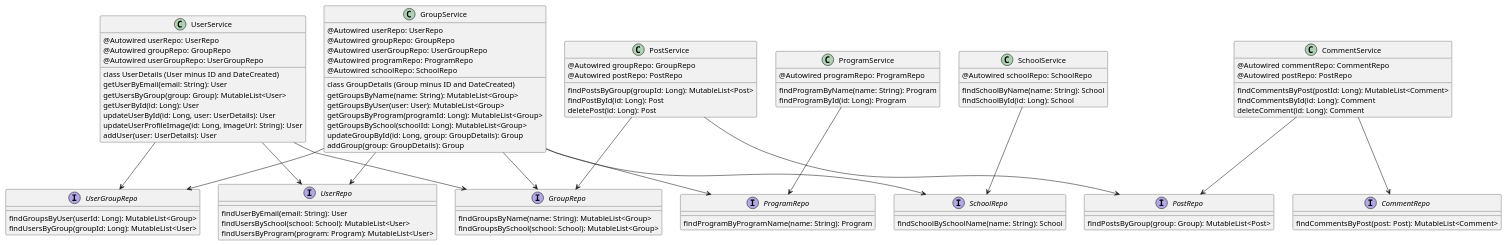
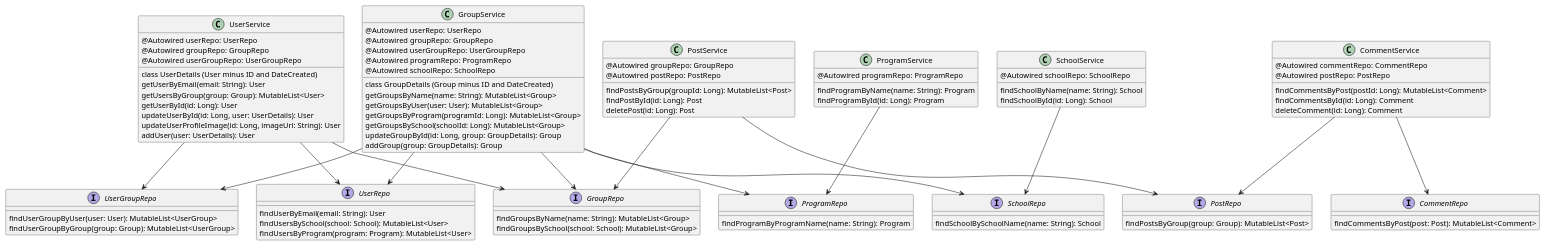
One commit to JonasBrattHansen/AtCampus changed the diagram in Resources/ClassDiagram.puml. Above: the diagram before and after it, drawn with PlantUML.

Commit message:
Updated class diagram

```diff
--- a/Resources/ClassDiagram.puml
+++ b/Resources/ClassDiagram.puml
@@ -1,108 +1,108 @@
 @startuml
 'https://plantuml.com/class-diagram
 
 interface UserRepo{
     findUserByEmail(email: String): User
     findUsersBySchool(school: School): MutableList<User>
     findUsersByProgram(program: Program): MutableList<User>
 }
 
 interface GroupRepo{
     findGroupsByName(name: String): MutableList<Group>
     findGroupsBySchool(school: School): MutableList<Group>
 }
 
 interface UserGroupRepo{
-    findGroupsByUser(userId: Long): MutableList<Group>
-    findUsersByGroup(groupId: Long): MutableList<User>
+    findUserGroupByUser(user: User): MutableList<UserGroup>
+    findUserGroupByGroup(group: Group): MutableList<UserGroup>
 }
 
 interface ProgramRepo{
     findProgramByProgramName(name: String): Program
 }
 
 interface SchoolRepo{
     findSchoolBySchoolName(name: String): School
 }
 
 interface PostRepo{
     findPostsByGroup(group: Group): MutableList<Post>
 }
 
 interface CommentRepo{
     findCommentsByPost(post: Post): MutableList<Comment>
 }
 
 class UserService{
     @Autowired userRepo: UserRepo
     @Autowired groupRepo: GroupRepo
     @Autowired userGroupRepo: UserGroupRepo
     class UserDetails (User minus ID and DateCreated)
     getUserByEmail(email: String): User
     getUsersByGroup(group: Group): MutableList<User>
     getUserById(id: Long): User
     updateUserById(id: Long, user: UserDetails): User
     updateUserProfileImage(id: Long, imageUrl: String): User
     addUser(user: UserDetails): User
 }
 
 class GroupService{
     @Autowired userRepo: UserRepo
     @Autowired groupRepo: GroupRepo
     @Autowired userGroupRepo: UserGroupRepo
     @Autowired programRepo: ProgramRepo
     @Autowired schoolRepo: SchoolRepo
     class GroupDetails (Group minus ID and DateCreated)
     getGroupsByName(name: String): MutableList<Group>
     getGroupsByUser(user: User): MutableList<Group>
     getGroupsByProgram(programId: Long): MutableList<Group>
     getGroupsBySchool(schoolId: Long): MutableList<Group>
     updateGroupById(id: Long, group: GroupDetails): Group
     addGroup(group: GroupDetails): Group
 }
 
 class SchoolService{
     @Autowired schoolRepo: SchoolRepo
     findSchoolByName(name: String): School
     findSchoolById(id: Long): School
 }
 
 class ProgramService{
     @Autowired programRepo: ProgramRepo
     findProgramByName(name: String): Program
     findProgramById(id: Long): Program
 }
 
 class PostService{
     @Autowired groupRepo: GroupRepo
     @Autowired postRepo: PostRepo
     findPostsByGroup(groupId: Long): MutableList<Post>
     findPostById(id: Long): Post
     deletePost(id: Long): Post
 }
 
 class CommentService{
     @Autowired commentRepo: CommentRepo
     @Autowired postRepo: PostRepo
     findCommentsByPost(postId: Long): MutableList<Comment>
     findCommentsById(id: Long): Comment
     deleteComment(id: Long): Comment
 }
 
 
 UserService --> UserRepo
 UserService --> GroupRepo
 UserService --> UserGroupRepo
 GroupService --> UserRepo
 GroupService --> GroupRepo
 GroupService --> UserGroupRepo
 GroupService --> ProgramRepo
 GroupService --> SchoolRepo
 ProgramService --> ProgramRepo
 SchoolService --> SchoolRepo
 CommentService --> PostRepo
 CommentService --> CommentRepo
 PostService --> PostRepo
 PostService --> GroupRepo
 
 @enduml
```
